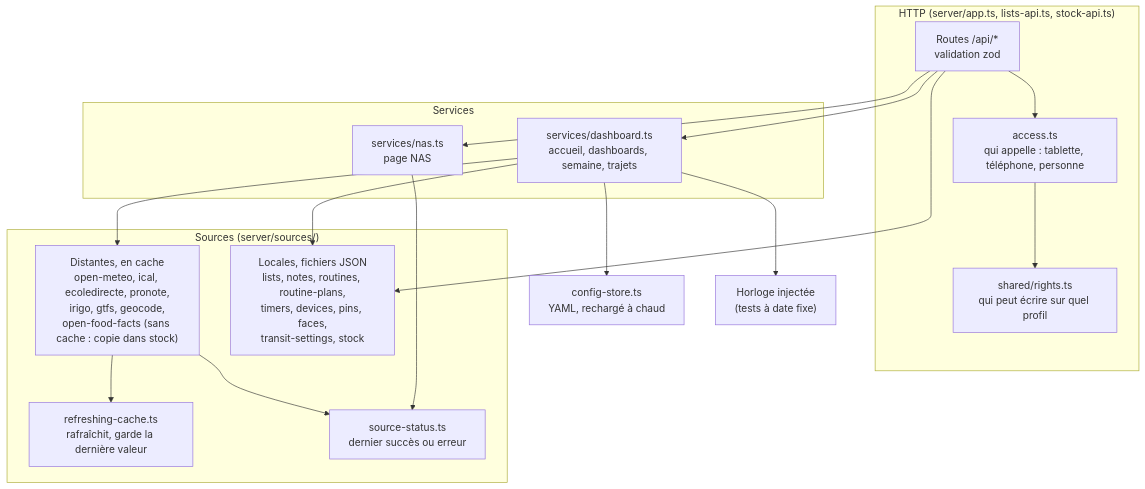
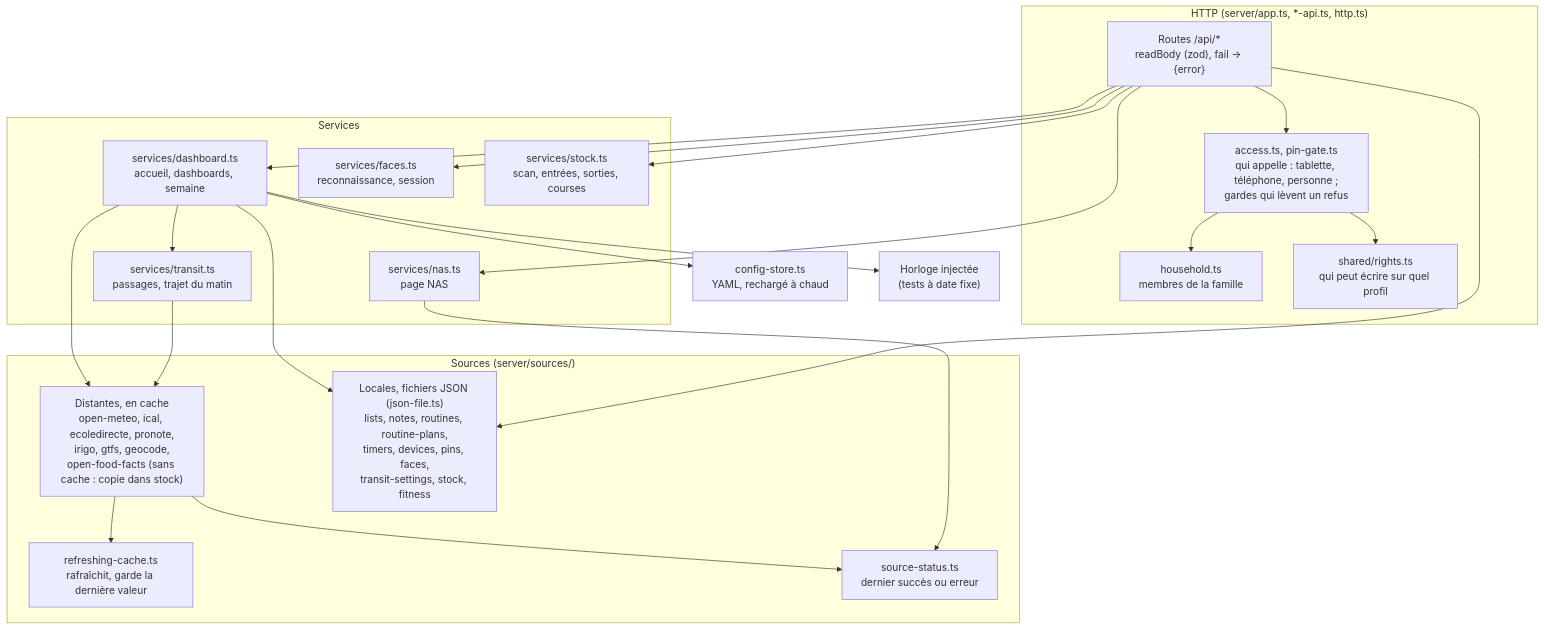
The second of 11 diagrams in docs/architecture.md (DeafLight/homehub), drawn with Mermaid before and after one commit. The commit also changed other lines of this file and 1 other file, not shown here.

Commit message:
Revue de code : docs/revue-code.md, architecture à jour
Revue classée par gravité (sécurité, intégrité, couches, duplication, SOLID,
Déméter, Postel, front, tests), ce que la refonte a corrigé commit par commit,
et les prochaines étapes. Schéma des couches du serveur mis à jour.

````diff
--- a/docs/architecture.md
+++ b/docs/architecture.md
@@ -51,30 +54,36 @@
 ```mermaid
 flowchart TB
-  subgraph http["HTTP (server/app.ts, lists-api.ts, stock-api.ts)"]
-    routes["Routes /api/*<br/>validation zod"]
-    access["access.ts<br/>qui appelle : tablette, téléphone, personne"]
+  subgraph http["HTTP (server/app.ts, *-api.ts, http.ts)"]
+    routes["Routes /api/*<br/>readBody (zod), fail → {error}"]
+    access["access.ts, pin-gate.ts<br/>qui appelle : tablette, téléphone, personne ;<br/>gardes qui lèvent un refus"]
+    household["household.ts<br/>membres de la famille"]
     rights["shared/rights.ts<br/>qui peut écrire sur quel profil"]
   end
   subgraph services["Services"]
-    dash["services/dashboard.ts<br/>accueil, dashboards, semaine, trajets"]
+    dash["services/dashboard.ts<br/>accueil, dashboards, semaine"]
+    transitS["services/transit.ts<br/>passages, trajet du matin"]
+    facesS["services/faces.ts<br/>reconnaissance, session"]
+    stockS["services/stock.ts<br/>scan, entrées, sorties, courses"]
     nasS["services/nas.ts<br/>page NAS"]
   end
   subgraph sources["Sources (server/sources/)"]
     distant["Distantes, en cache<br/>open-meteo, ical, ecoledirecte, pronote,<br/>irigo, gtfs, geocode,<br/>open-food-facts (sans cache : copie dans stock)"]
-    locales["Locales, fichiers JSON<br/>lists, notes, routines, routine-plans,<br/>timers, devices, pins, faces,<br/>transit-settings, stock"]
+    locales["Locales, fichiers JSON (json-file.ts)<br/>lists, notes, routines, routine-plans,<br/>timers, devices, pins, faces,<br/>transit-settings, stock, fitness"]
     cache["refreshing-cache.ts<br/>rafraîchit, garde la dernière valeur"]
     status["source-status.ts<br/>dernier succès ou erreur"]
   end
   config["config-store.ts<br/>YAML, rechargé à chaud"]
   horloge["Horloge injectée<br/>(tests à date fixe)"]
 
   routes --> access --> rights
-  routes --> dash & nasS
+  access --> household
+  routes --> dash & nasS & facesS & stockS
+  dash --> transitS --> distant
   routes --> locales
   dash --> distant & locales
   nasS --> status
   distant --> cache
   distant --> status
   dash --> config
   dash --> horloge
 ```
````
